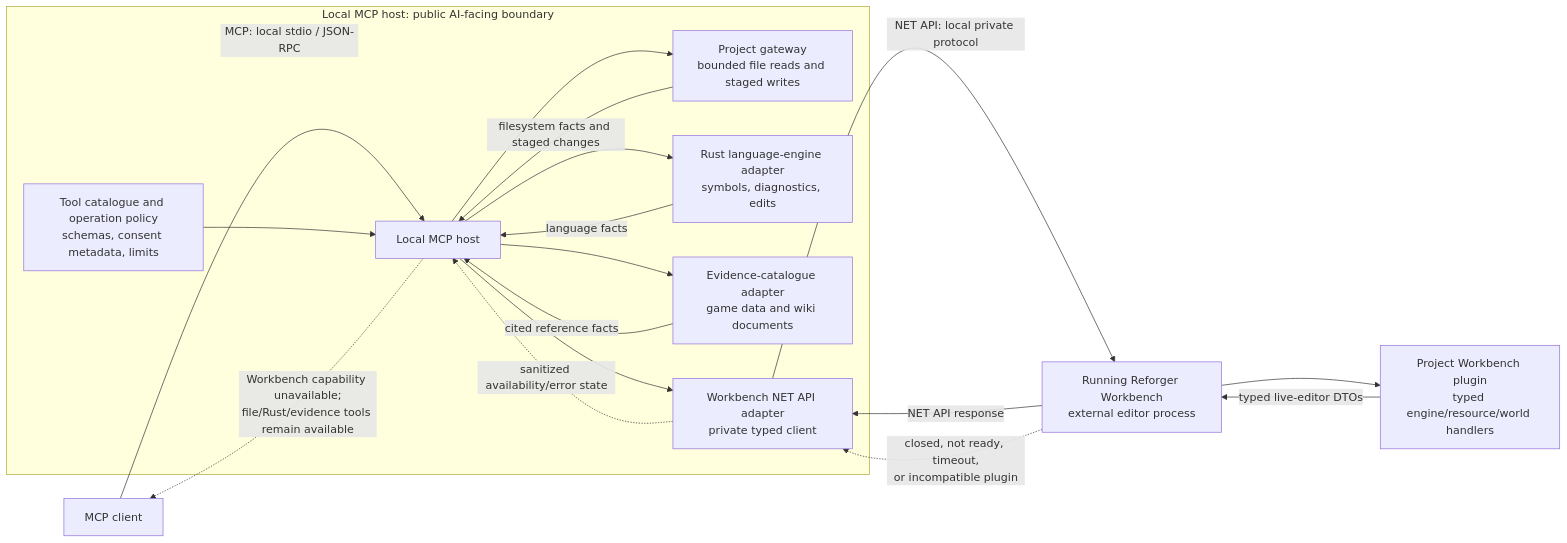
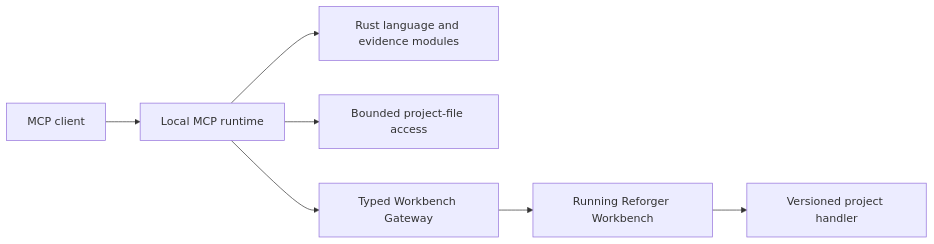
The diagram in docs/architecture.md (MiniHood/reforger-script-tools), drawn with Mermaid before and after one commit. The commit also changed other lines of this file and 6 other files, not shown here.

Commit message:
docs: align architecture with module boundaries

````diff
--- a/docs/architecture.md
+++ b/docs/architecture.md
@@ -101,25 +44,9 @@
 ```mermaid
 flowchart LR
-    Client[MCP client] -->|MCP: local stdio / JSON-RPC| Host[Local MCP host]
-
-    subgraph HostBoundary[Local MCP host: public AI-facing boundary]
-        Host --> Files[Project gateway<br/>bounded file reads and staged writes]
-        Host --> Rust[Rust language-engine adapter<br/>symbols, diagnostics, edits]
-        Host --> Evidence[Evidence-catalogue adapter<br/>game data and wiki documents]
-        Host --> Net[Workbench NET API adapter<br/>private typed client]
-        Policy[Tool catalogue and operation policy<br/>schemas, consent metadata, limits] --> Host
-    end
-
-    Net -->|NET API: local private protocol| Workbench[Running Reforger Workbench<br/>external editor process]
-    Workbench --> Plugin[Project Workbench plugin<br/>typed engine/resource/world handlers]
-
-    Files -->|filesystem facts and staged changes| Host
-    Rust -->|language facts| Host
-    Evidence -->|cited reference facts| Host
-    Plugin -->|typed live-editor DTOs| Workbench
-    Workbench -->|NET API response| Net
-
-    Workbench -.->|closed, not ready, timeout,<br/>or incompatible plugin| Net
-    Net -.->|sanitized availability/error state| Host
-    Host -.->|Workbench capability unavailable;<br/>file/Rust/evidence tools remain available| Client
+    Client[MCP client] --> Host[Local MCP runtime]
+    Host --> Rust[Rust language and evidence modules]
+    Host --> Files[Bounded project-file access]
+    Host --> Gateway[Typed Workbench Gateway]
+    Gateway --> Workbench[Running Reforger Workbench]
+    Workbench --> Plugin[Versioned project handler]
 ```
````
